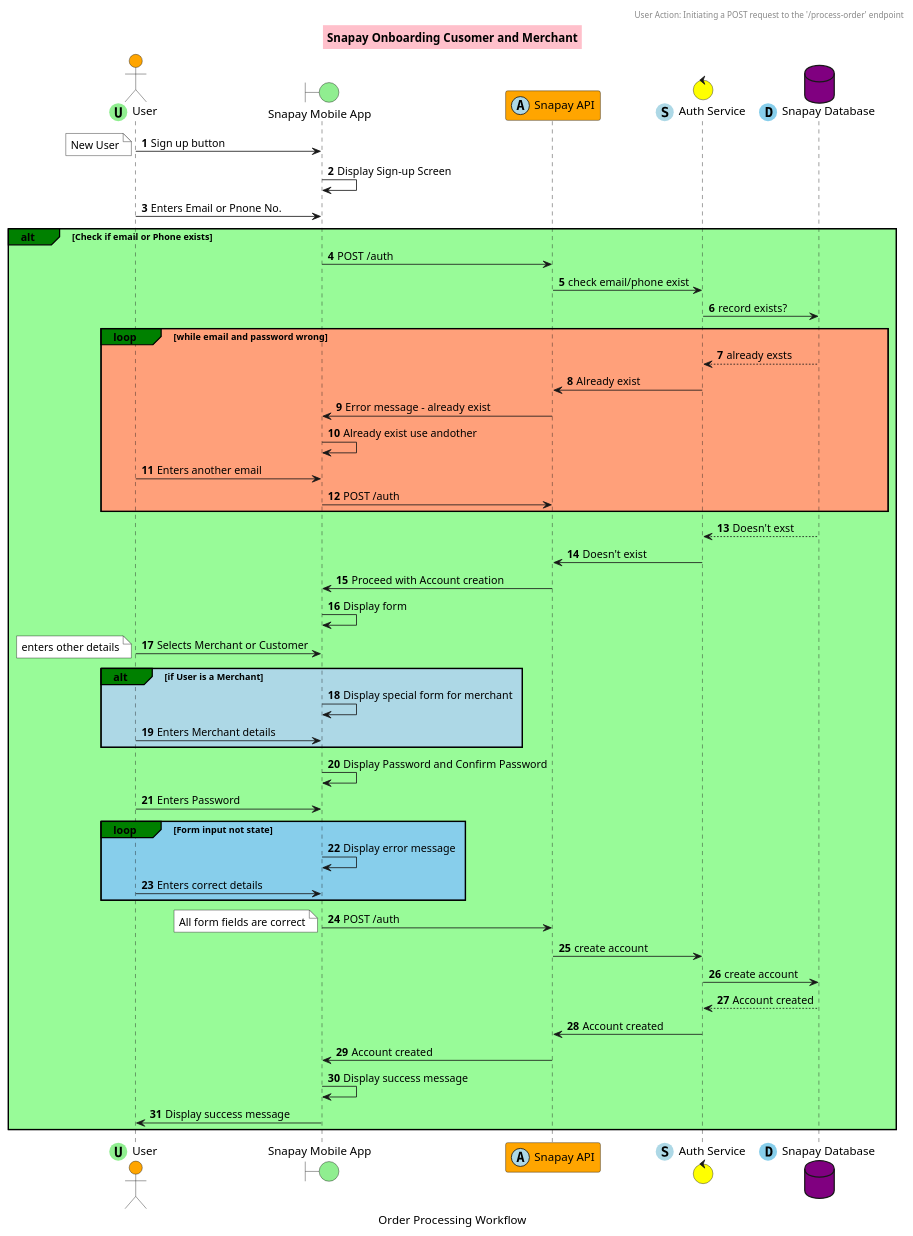
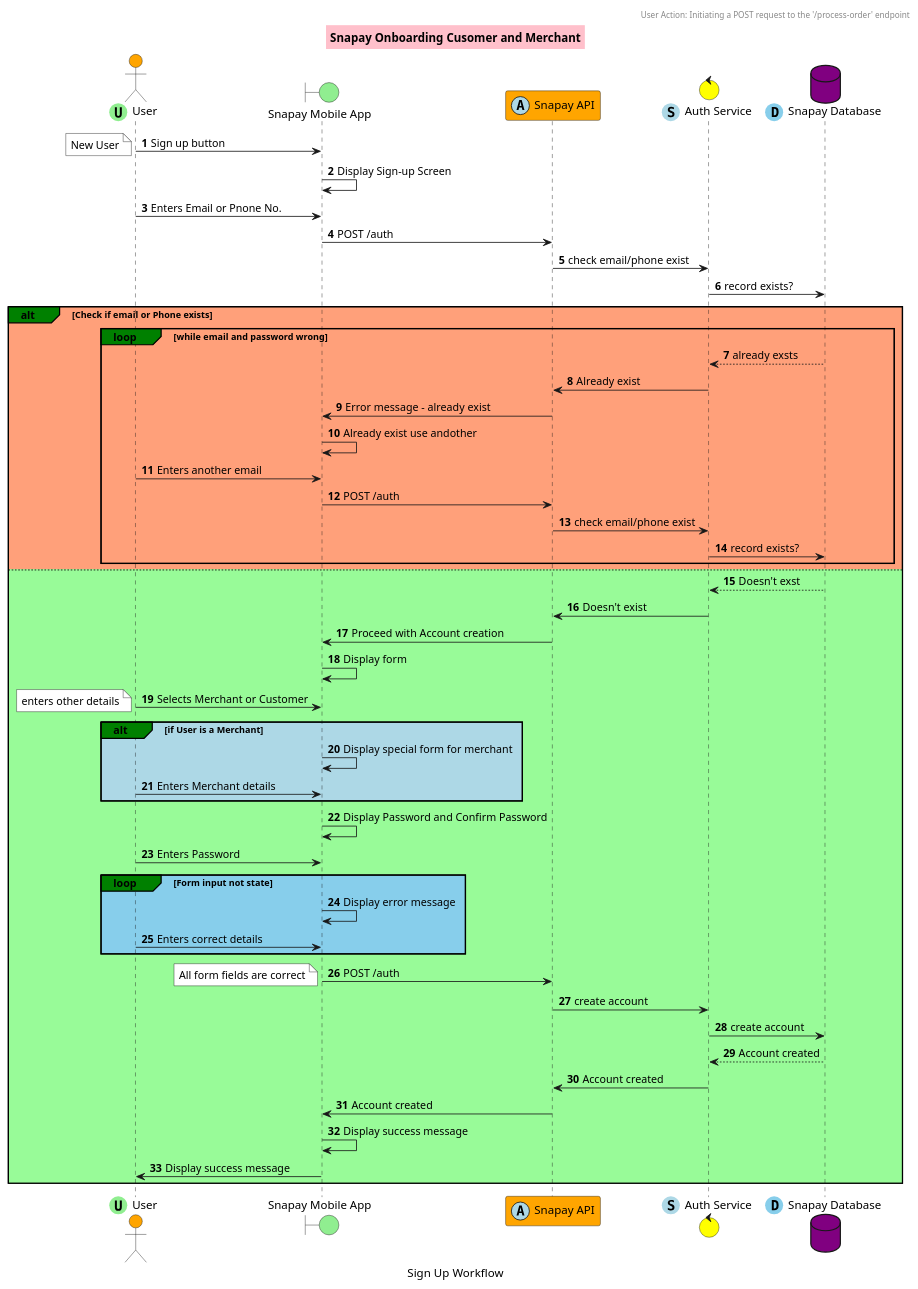
The diagram in snapay/onboardinng.puml (st-Michael/Brief-and-Architecture-for-QR-and-Merchant-Payment-integration---online-store), drawn with PlantUML before and after one commit. The commit also changed 1 other file, not shown here.

Commit message:
snapay login sequence for snapay

```diff
--- a/snapay/onboardinng.puml
+++ b/snapay/onboardinng.puml
@@ -1,73 +1,75 @@
 @startuml
 
 autonumber
 
 title Snapay Onboarding Cusomer and Merchant
 
 header
     User Action: Initiating a POST request to the '/process-order' endpoint
 endheader
 
-caption Order Processing Workflow
+caption Sign Up Workflow
 
 
 skinparam NoteBackgroundColor #White
 skinparam TitleBackgroundColor #Pink
 skinparam ParticipantBackgroundColor #Orange
 skinparam ActorBackgroundColor #Orange
 skinparam DatabaseBackgroundColor #Purple
 skinparam BoundaryBackgroundColor #LightGreen
 skinparam ControlBackgroundColor #Yellow
 
 actor User <<(U, LightGreen)>>
 boundary "Snapay Mobile App" as UI
 participant "Snapay API" as API <<(A, LightBlue)>>
 control "Auth Service" as AuthService <<(S, LightBlue)>>
 database "Snapay Database" as Database <<(D, SkyBlue)>>
 
 User -> UI : Sign up button
 note left : New User
 UI -> UI  : Display Sign-up Screen
 User -> UI : Enters Email or Pnone No.
-    alt#Green #PaleGreen Check if email or Phone exists
-    UI -> API : POST /auth
-        API -> AuthService: check email/phone exist
-        AuthService -> Database: record exists?
-        loop#green #LightSalmon while email and password wrong
+UI -> API : POST /auth
+API -> AuthService: check email/phone exist
+AuthService -> Database: record exists?
+    alt#Green #LightSalmon Check if email or Phone exists
+        loop#green  while email and password wrong
             Database --> AuthService: already exsts
             AuthService -> API : Already exist
             API -> UI : Error message - already exist
             UI ->  UI : Already exist use andother
             User -> UI : Enters another email
             UI -> API : POST /auth
+            API -> AuthService: check email/phone exist
+            AuthService -> Database: record exists?
         end
-    
+    else #PaleGreen
         Database --> AuthService: Doesn't exst
         AuthService -> API : Doesn't exist
         API -> UI : Proceed with Account creation
         UI ->  UI : Display form
         User -> UI : Selects Merchant or Customer
         note left : enters other details
         alt#Green #Lightblue if User is a Merchant
             UI -> UI : Display special form for merchant
             User -> UI : Enters Merchant details
         end
         UI -> UI : Display Password and Confirm Password
         User -> UI : Enters Password
         
         loop#green #SkyBlue Form input not state 
             UI -> UI : Display error message
             User -> UI : Enters correct details
         end
         UI -> API : POST /auth
         note left : All form fields are correct
         API -> AuthService: create account
         AuthService -> Database: create account
         Database --> AuthService: Account created
         AuthService -> API : Account created
         API -> UI : Account created
         UI -> UI : Display success message
         UI -> User : Display success message
     end
 
 @enduml
```
